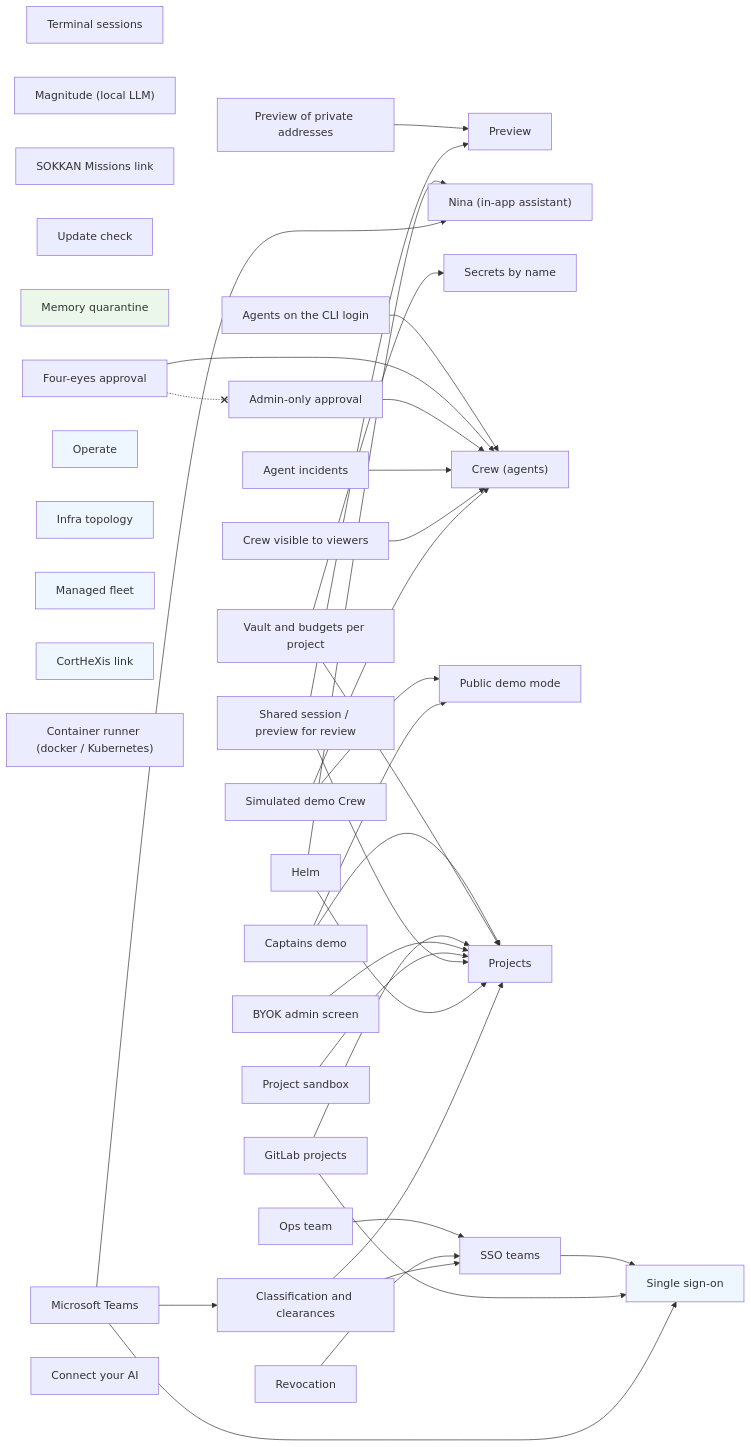
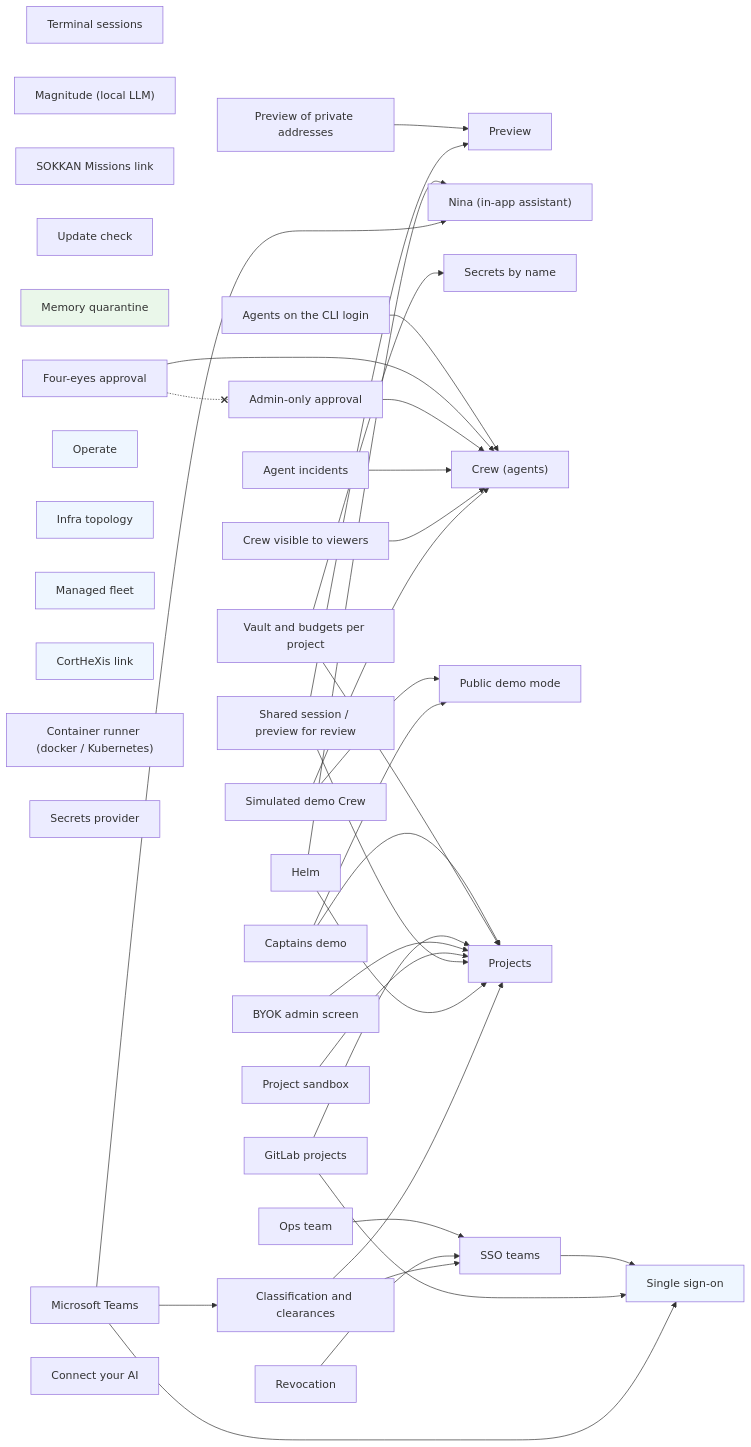
One commit to ninabot-ch/sokkan changed the diagram in docs/enterprise/FEATURES.md. Above: the diagram before and after it, drawn with Mermaid. The commit also changed other lines of this file and 21 other files, not shown here.

````diff
--- a/docs/enterprise/FEATURES.md
+++ b/docs/enterprise/FEATURES.md
@@ -61,74 +62,75 @@
 ```mermaid
 graph LR
   tmux["Terminal sessions"]
   preview["Preview"]
   preview_private_targets["Preview of private addresses"]
   magnitude["Magnitude (local LLM)"]
   assistant["Nina (in-app assistant)"]
   missions_link["SOKKAN Missions link"]
   update_check["Update check"]
   named_secrets["Secrets by name"]
   memory_quarantine["Memory quarantine"]
   agents["Crew (agents)"]
   agents_cli_login["Agents on the CLI login"]
   four_eyes["Four-eyes approval"]
   admin_approval["Admin-only approval"]
   agent_incidents["Agent incidents"]
   crew_viewer_readonly["Crew visible to viewers"]
   demo_banner["Public demo mode"]
   demo_crew["Simulated demo Crew"]
   demo_captains["Captains demo"]
   sso["Single sign-on"]
   multi_project["Projects"]
   sso_teams["SSO teams"]
   operate["Operate"]
   ops_team["Ops team"]
   infra["Infra topology"]
   fleet["Managed fleet"]
   cortex["CortHeXis link"]
   kubernetes_runner["Container runner (docker / Kubernetes)"]
   project_vault_budgets["Vault and budgets per project"]
   gitlab["GitLab projects"]
   revocation["Revocation"]
   byok_admin["BYOK admin screen"]
+  secrets_provider["Secrets provider"]
   sandbox["Project sandbox"]
   shared_review["Shared session / preview for review"]
   helm["Helm"]
   classification["Classification and clearances"]
   teams["Microsoft Teams"]
   connect_ai["Connect your AI"]
   preview_private_targets --> preview
   agents_cli_login --> agents
   four_eyes --> agents
   admin_approval --> agents
   agent_incidents --> agents
   crew_viewer_readonly --> agents
   demo_crew --> agents
   demo_crew --> demo_banner
   demo_captains --> demo_banner
   demo_captains --> multi_project
   sso_teams --> sso
   ops_team --> sso_teams
   project_vault_budgets --> multi_project
   project_vault_budgets --> named_secrets
   gitlab --> multi_project
   gitlab --> sso
   revocation --> sso_teams
   byok_admin --> multi_project
   sandbox --> multi_project
   shared_review --> preview
   shared_review --> multi_project
   helm --> multi_project
   helm --> assistant
   classification --> multi_project
   classification --> sso_teams
   teams --> assistant
   teams --> classification
   teams --> sso
   four_eyes -.-x admin_approval
   classDef planned stroke-dasharray: 5 5,color:#888;
   classDef integration fill:#eef6ff;
   classDef invariant fill:#eaf7ea;
   class sso,operate,infra,fleet,cortex integration;
   class memory_quarantine invariant;
 ```
````
